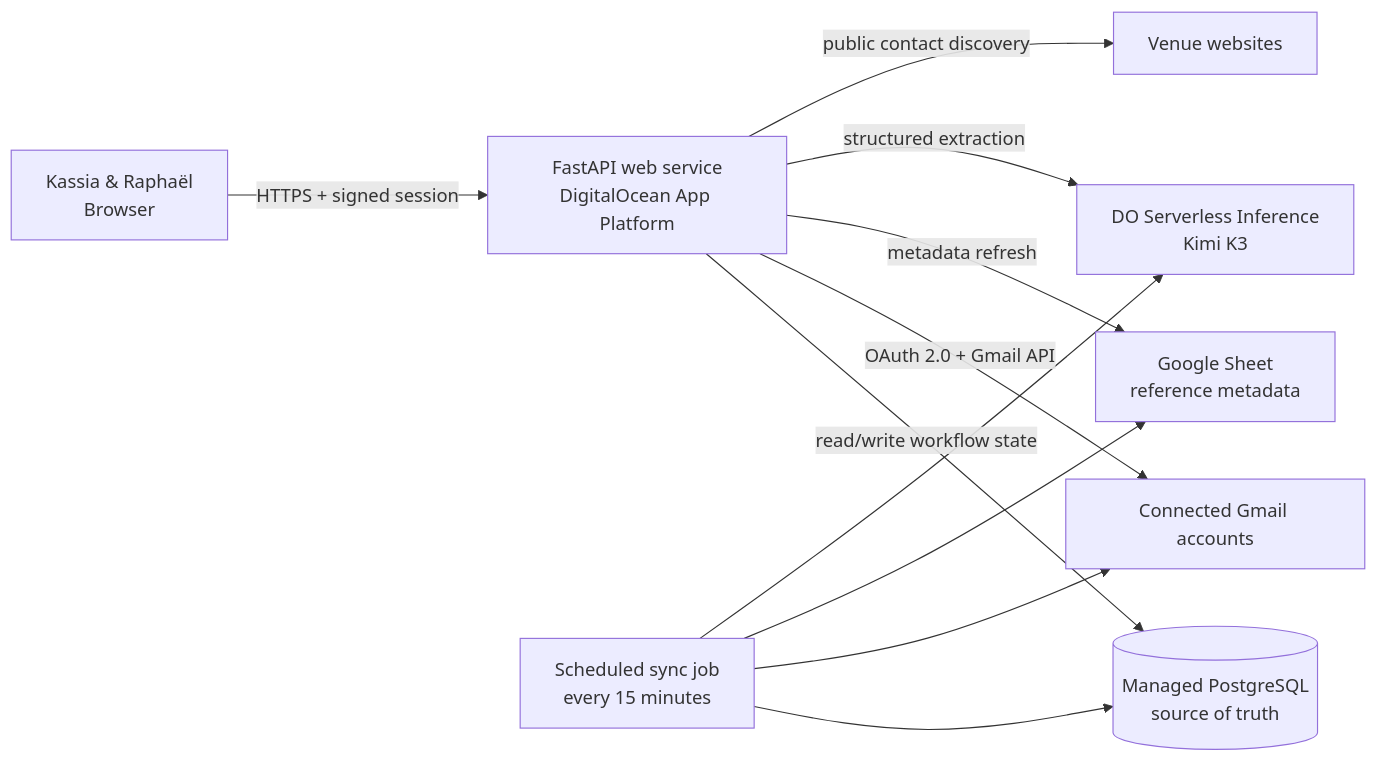
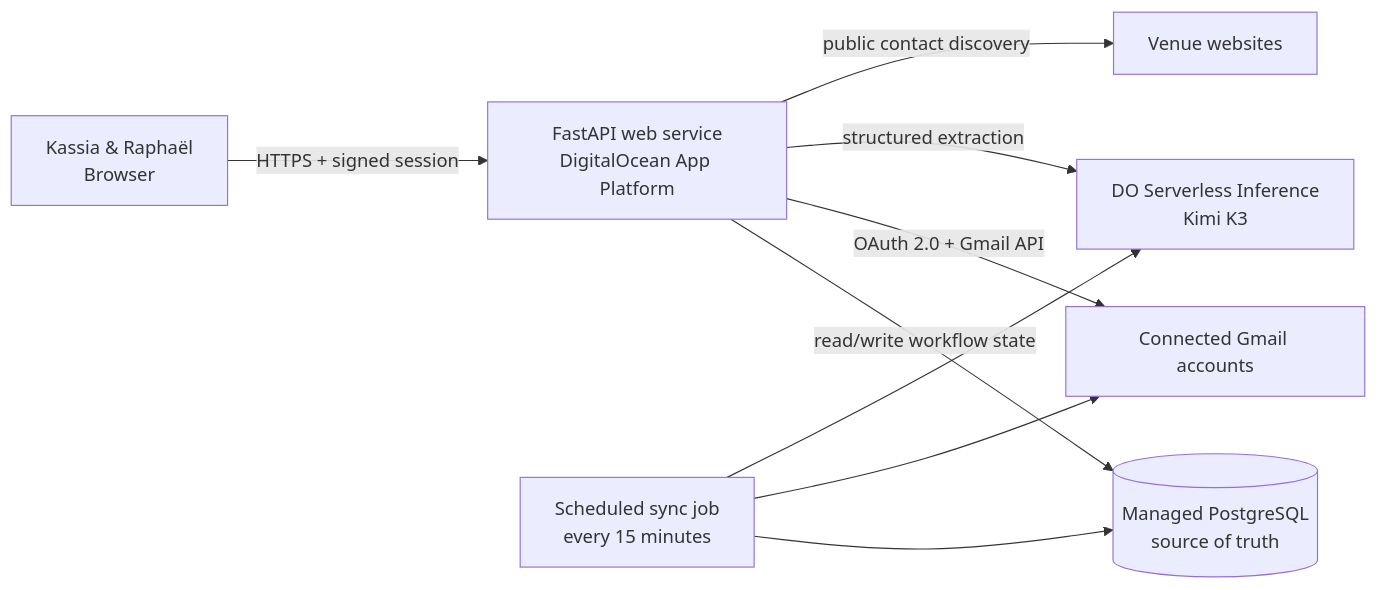
Before and after one commit to ralphieninefo/rkwedding: the diagram in README.md, drawn with Mermaid. The commit also changed other lines of this file and 17 other files, not shown here.

````diff
--- a/README.md
+++ b/README.md
@@ -42,14 +42,12 @@
 ```mermaid
 flowchart LR
     U["Kassia & Raphaël<br/>Browser"] -->|HTTPS + signed session| W["FastAPI web service<br/>DigitalOcean App Platform"]
     W -->|read/write workflow state| DB[("Managed PostgreSQL<br/>source of truth")]
     W -->|OAuth 2.0 + Gmail API| G["Connected Gmail accounts"]
-    W -->|metadata refresh| S["Google Sheet<br/>reference metadata"]
     W -->|structured extraction| K["DO Serverless Inference<br/>Kimi K3"]
     W -->|public contact discovery| V["Venue websites"]
 
     J["Scheduled sync job<br/>every 15 minutes"] --> DB
     J --> G
-    J --> S
     J --> K
 ```
````
